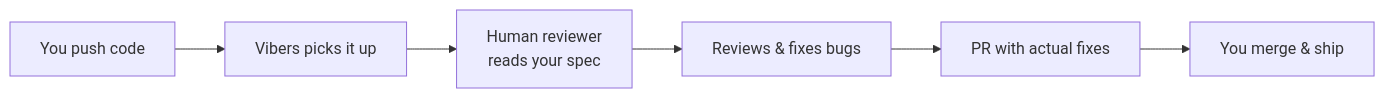
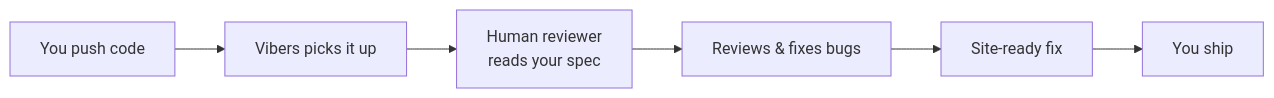
Before and after one commit to marsiandeployer/human-in-the-loop-review: the diagram in README.md, drawn with Mermaid. The commit also changed other lines of this file and 57 other files, not shown here.

````diff
--- a/README.md
+++ b/README.md
@@ -89,8 +89,8 @@
 ```mermaid
 graph LR
     A[You push code] --> B[Vibers picks it up]
     B --> C[Human reviewer<br/>reads your spec]
     C --> D[Reviews & fixes bugs]
-    D --> E[PR with actual fixes]
-    E --> F[You merge & ship]
+    D --> E[Site-ready fix]
+    E --> F[You ship]
 ```
````
